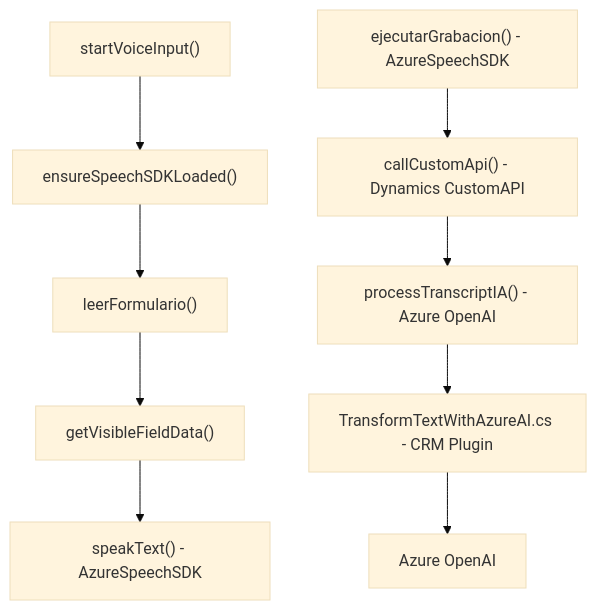
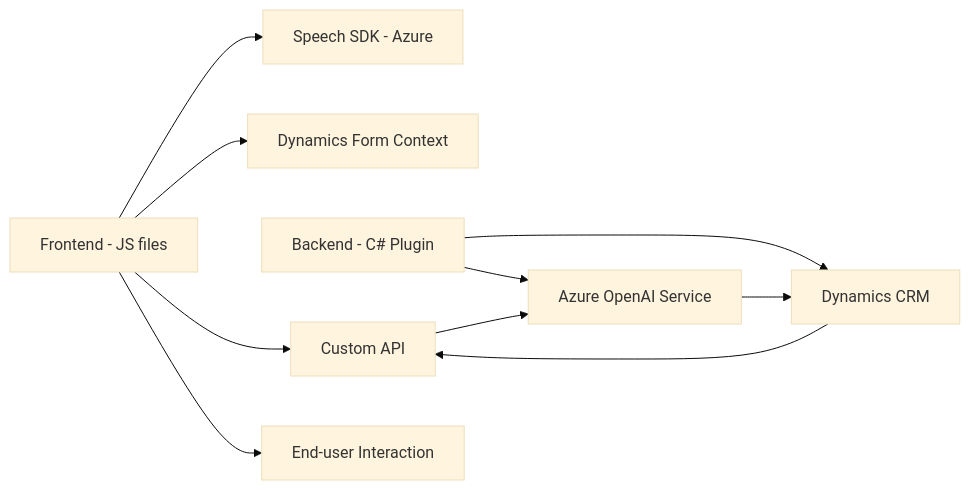
One commit to blopezdm/NETCORE_BILBAO2025 changed the diagram in README.md. Above: the diagram before and after it, drawn with Mermaid (base theme). The commit also changed other lines of this file, not shown here.

````diff
--- a/README.md
+++ b/README.md
@@ -38,21 +53,14 @@
 ```mermaid
-graph TD
-  StartVoiceInput["startVoiceInput()"]
-  ReadForm["leerFormulario()"]
-  SpeakText["speakText() - AzureSpeechSDK"]
-  EnsureSDK["ensureSpeechSDKLoaded()"]
-  GetFieldData["getVisibleFieldData()"]
-  RecognizeVoice["ejecutarGrabacion() - AzureSpeechSDK"]
-  APIProcess["callCustomApi() - Dynamics CustomAPI"]
-  AIProcess["processTranscriptIA() - Azure OpenAI"]
-  Plugin["TransformTextWithAzureAI.cs - CRM Plugin"]
+graph LR
+    A["Frontend - JS files"] --> B["Speech SDK - Azure"]
+    A --> C["Dynamics Form Context"]
+    A --> D["Custom API"]
+    
+    E["Backend - C# Plugin"] --> F["Azure OpenAI Service"]
+    E --> G["Dynamics CRM"]
+    D --> F
+    G --> D
+    F --> G
 
-  StartVoiceInput --> EnsureSDK
-  EnsureSDK --> ReadForm
-  ReadForm --> GetFieldData
-  GetFieldData --> SpeakText
-  RecognizeVoice --> APIProcess
-  APIProcess --> AIProcess
-  AIProcess --> Plugin
-  Plugin --> AzureOpenAI["Azure OpenAI"]
+    A --> H["End-user Interaction"]
 ```
````
